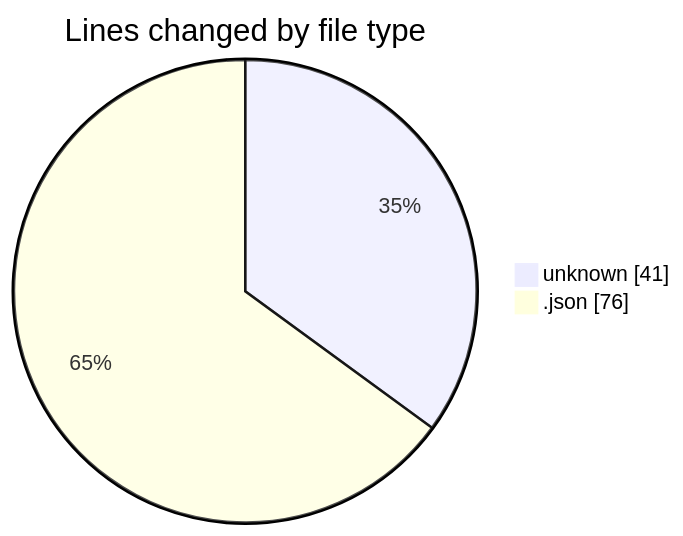
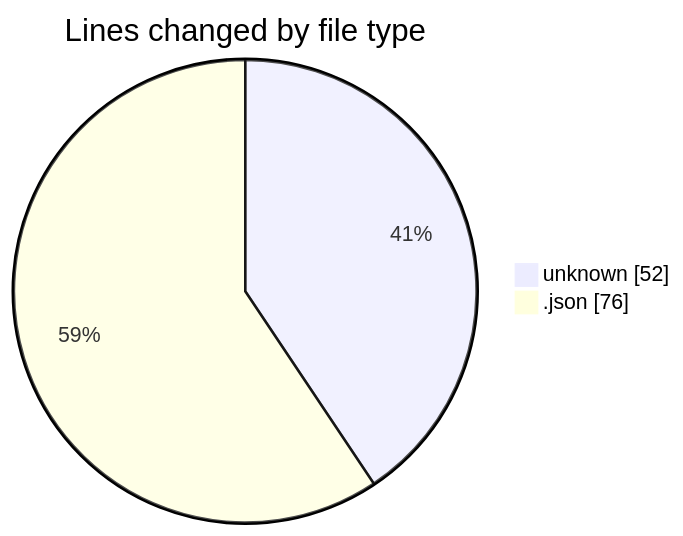
The first of 2 diagrams in 2025-06-28/navtech/README.md (JenPaints/code-tracking), drawn with Mermaid before and after one commit. The commit also changed other lines of this file and 1 other file, not shown here.

````diff
--- a/2025-06-28/navtech/README.md
+++ b/2025-06-28/navtech/README.md
@@ -21,6 +22,6 @@
 ```mermaid
 pie showData
 title Lines changed by file type
-"unknown" : 41
+"unknown" : 52
 ".json" : 76
 ```
````
